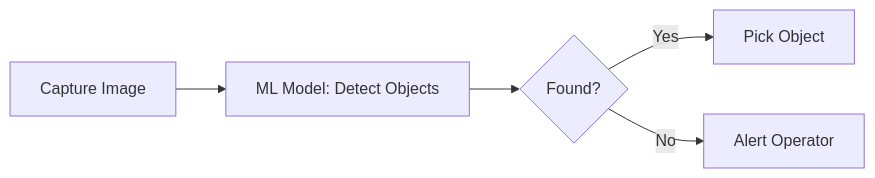
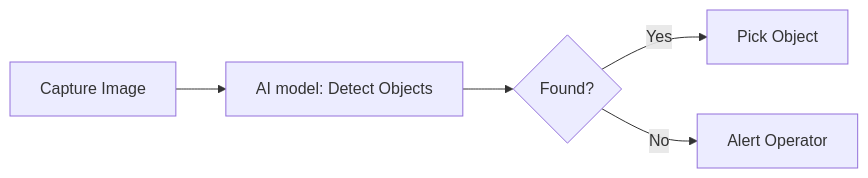
The diagram in feature-reference/ml-models/index.mdx (cyberwave-os/docs-mintlify), drawn with Mermaid before and after one commit. The commit also changed other lines of this file and 367 other files, not shown here.

````diff
--- a/feature-reference/ml-models/index.mdx
+++ b/feature-reference/ml-models/index.mdx
@@ -112,7 +116,7 @@
 ```mermaid
 flowchart LR
-    A[Capture Image] --> B[ML Model: Detect Objects]
+    A[Capture Image] --> B[AI model: Detect Objects]
     B --> C{Found?}
     C -->|Yes| D[Pick Object]
     C -->|No| E[Alert Operator]
 ```
````
